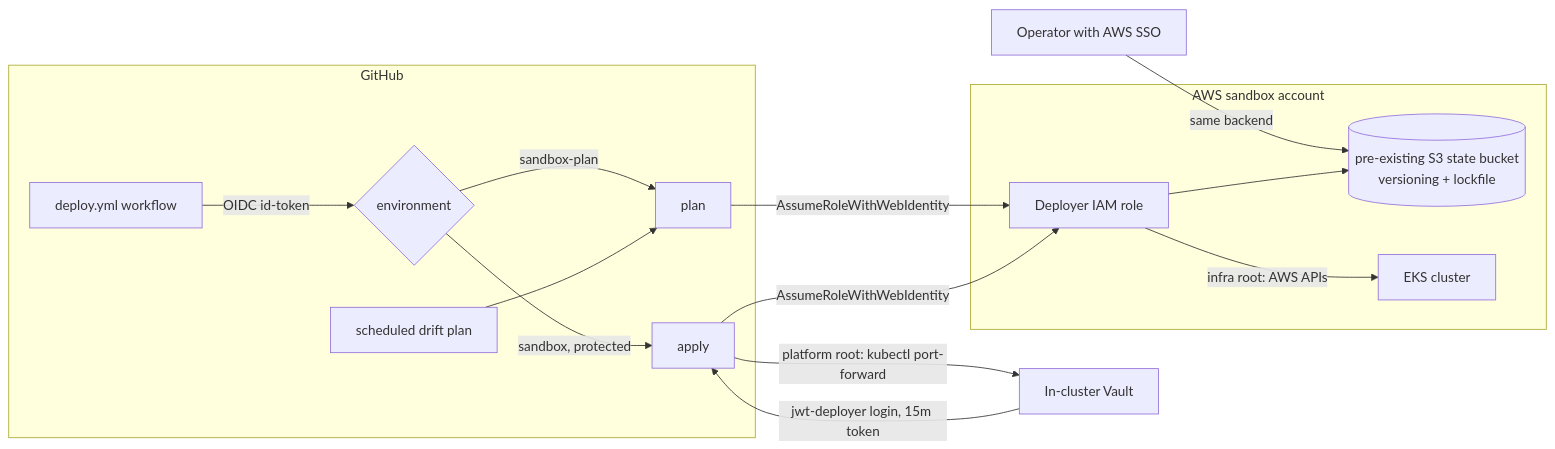
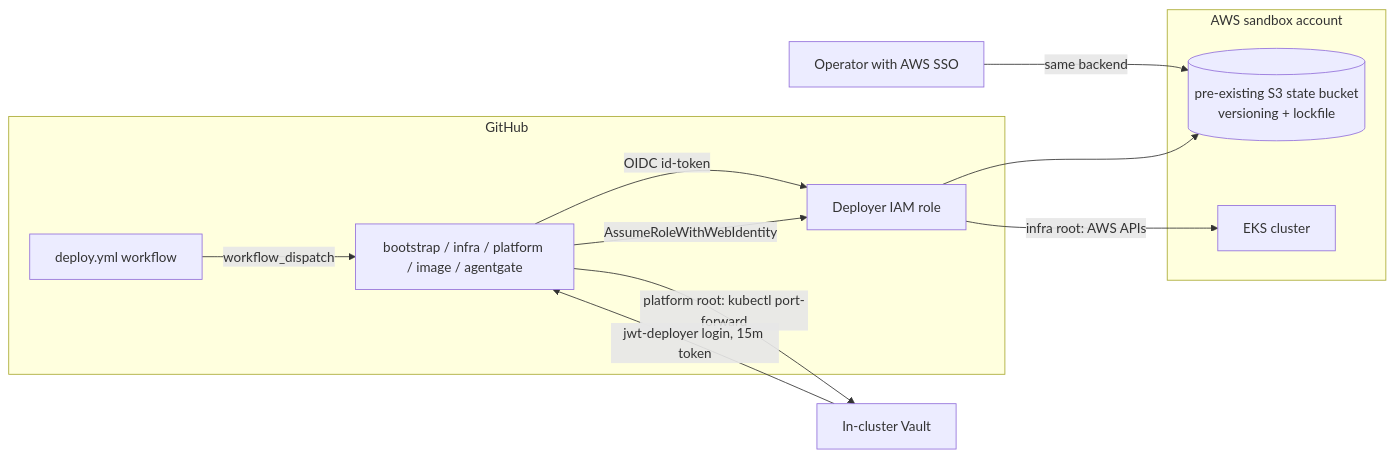
Before and after one commit to jaezeu/agentgate: the diagram in docs/DEPLOY.md, drawn with Mermaid. The commit also changed other lines of this file and 4 other files, not shown here.

````diff
--- a/docs/DEPLOY.md
+++ b/docs/DEPLOY.md
@@ -52,23 +78,21 @@
 ```mermaid
 flowchart LR
     subgraph GitHub
-        W[deploy.yml workflow] -->|OIDC id-token| E{environment}
-        E -->|sandbox-plan| P[plan]
-        E -->|sandbox, protected| A[apply]
-        D[scheduled drift plan] --> P
+        W[deploy.yml workflow] -->|workflow_dispatch| J[bootstrap / infra / platform / image / agentgate]
+        J -->|OIDC id-token| R
     end
 
     subgraph AWS[AWS sandbox account]
         R[Deployer IAM role]
         S[(pre-existing S3 state bucket
 versioning + lockfile)]
         K[EKS cluster]
     end
 
     O[Operator with AWS SSO] -->|same backend| S
-    P & A -->|AssumeRoleWithWebIdentity| R
+    J -->|AssumeRoleWithWebIdentity| R
     R --> S
     R -->|infra root: AWS APIs| K
-    A -->|platform root: kubectl port-forward| V[In-cluster Vault]
-    V -->|jwt-deployer login, 15m token| A
+    J -->|platform root: kubectl port-forward| V[In-cluster Vault]
+    V -->|jwt-deployer login, 15m token| J
 ```
````
